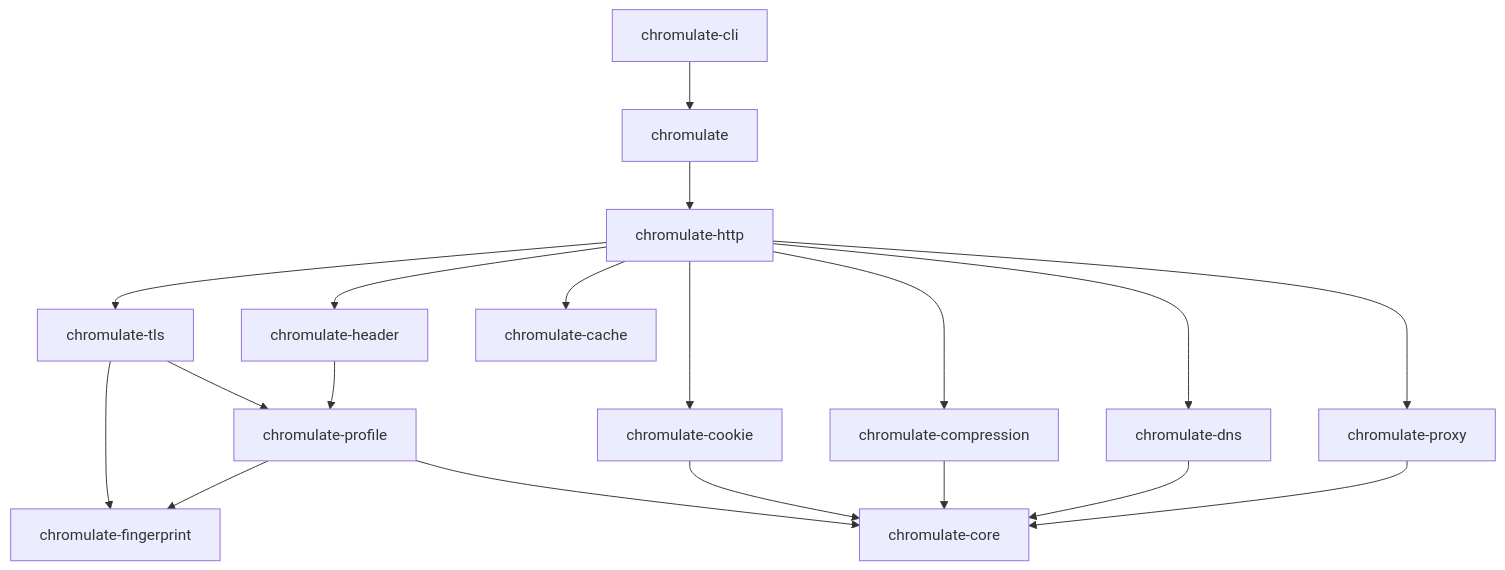
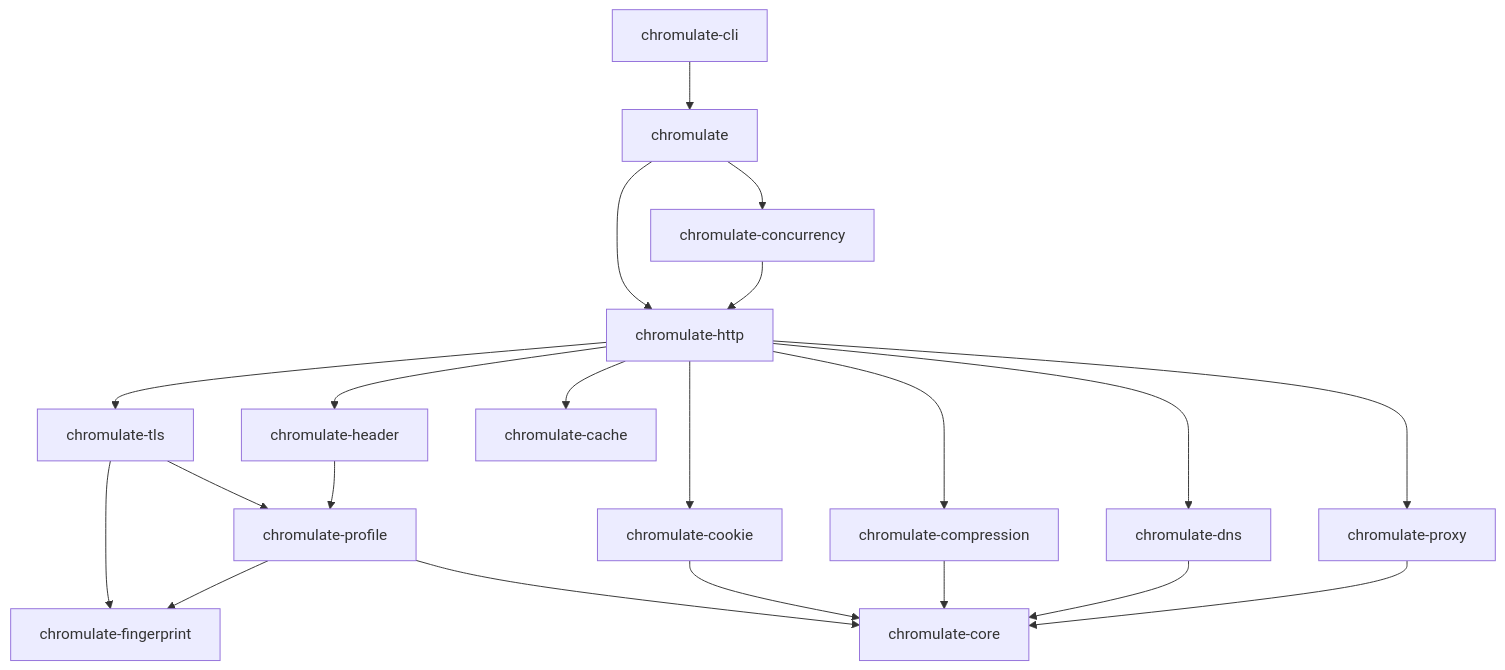
One commit to cagataycankaya/chromulate changed the diagram in README.md. Above: the diagram before and after it, drawn with Mermaid. The commit also changed other lines of this file and 4 other files, not shown here.

````diff
--- a/README.md
+++ b/README.md
@@ -239,21 +241,23 @@
 ```mermaid
 graph TD
     cli["chromulate-cli"] --> facade["chromulate"]
     facade --> http["chromulate-http"]
+    facade --> concurrency["chromulate-concurrency"]
+    concurrency --> http
     http --> tls["chromulate-tls"]
     http --> header["chromulate-header"]
     http --> cookie["chromulate-cookie"]
     http --> compression["chromulate-compression"]
     http --> dns["chromulate-dns"]
     http --> cache["chromulate-cache"]
     http --> proxy["chromulate-proxy"]
     tls --> profile["chromulate-profile"]
     tls --> fingerprint["chromulate-fingerprint"]
     header --> profile
     profile --> fingerprint
     profile --> core["chromulate-core"]
     cookie --> core
     compression --> core
     dns --> core
     proxy --> core
 ```
````
